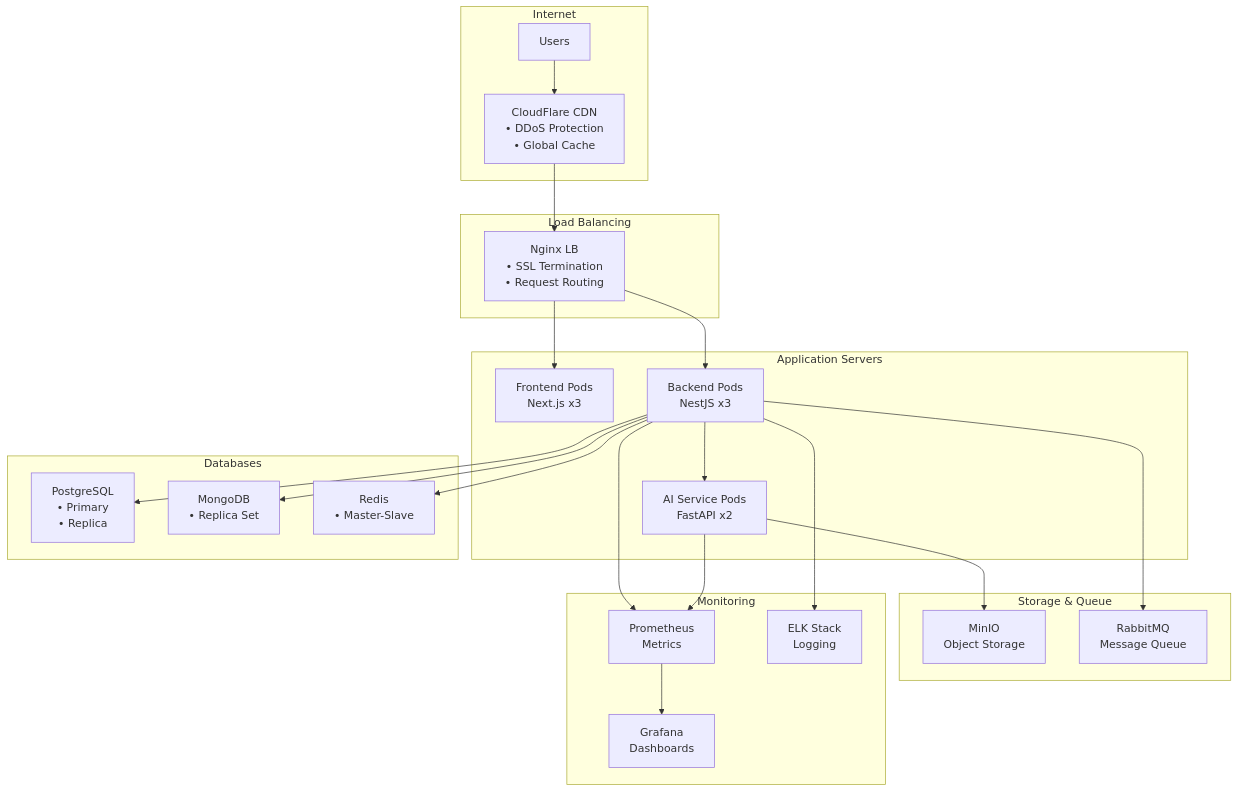
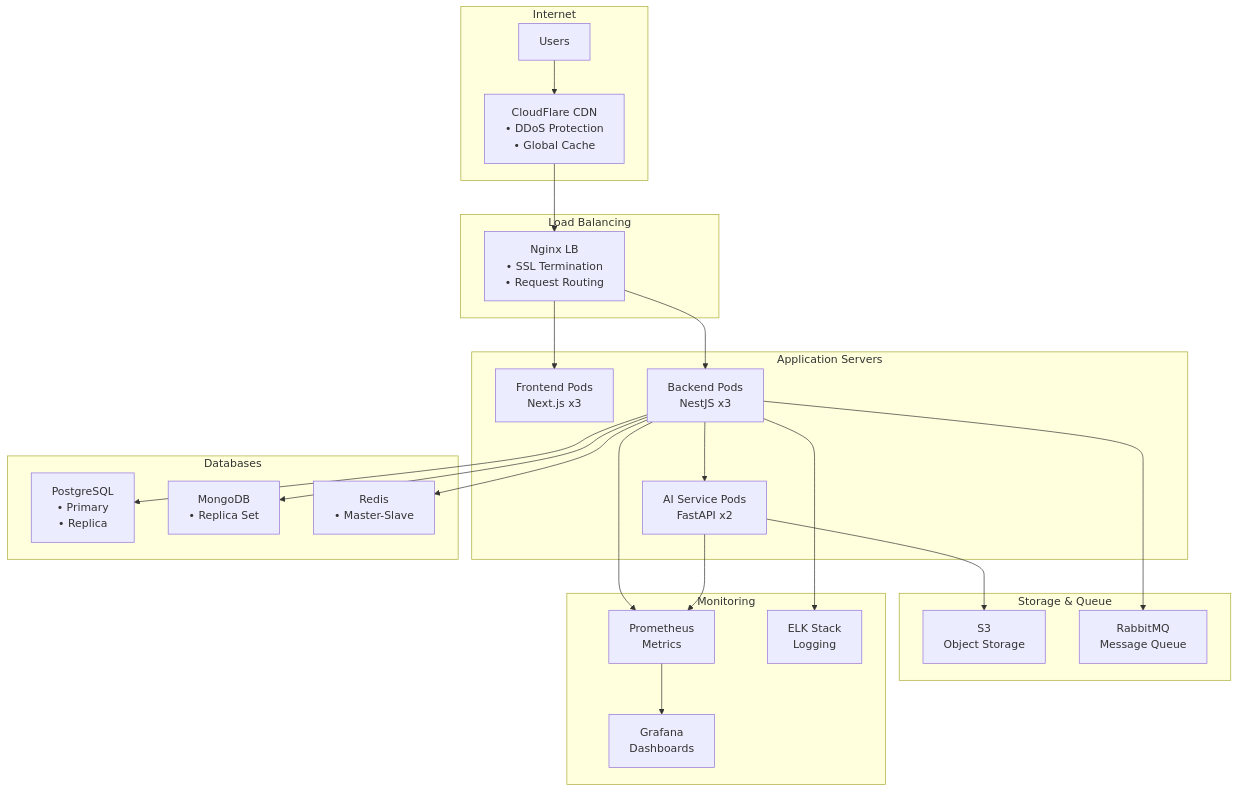
The ninth of 12 diagrams in diagrams-and-docs/mvp-documentation.md (abdulrahman-riyad/Co-Learn), drawn with Mermaid before and after one commit. The commit also changed other lines of this file, not shown here.

````diff
--- a/diagrams-and-docs/mvp-documentation.md
+++ b/diagrams-and-docs/mvp-documentation.md
@@ -545,52 +542,52 @@
 ```mermaid
 graph TB
     subgraph "Internet"
         Users[Users]
         CloudFlare[CloudFlare CDN<br/>• DDoS Protection<br/>• Global Cache]
     end
     
     subgraph "Load Balancing"
         Nginx[Nginx LB<br/>• SSL Termination<br/>• Request Routing]
     end
     
     subgraph "Application Servers"
         Frontend[Frontend Pods<br/>Next.js x3]
         Backend[Backend Pods<br/>NestJS x3]
         AIServices[AI Service Pods<br/>FastAPI x2]
     end
     
     subgraph "Databases"
         PGCluster[PostgreSQL<br/>• Primary<br/>• Replica]
         MongoCluster[MongoDB<br/>• Replica Set]
         RedisCluster[Redis<br/>• Master-Slave]
     end
     
     subgraph "Storage & Queue"
-        MinIO[MinIO<br/>Object Storage]
+        S3[S3<br/>Object Storage]
         RabbitMQ[RabbitMQ<br/>Message Queue]
     end
     
     subgraph "Monitoring"
         Prometheus[Prometheus<br/>Metrics]
         Grafana[Grafana<br/>Dashboards]
         Logs[ELK Stack<br/>Logging]
     end
     
     Users --> CloudFlare
     CloudFlare --> Nginx
     Nginx --> Frontend
     Nginx --> Backend
     Backend --> AIServices
     
     Backend --> PGCluster
     Backend --> MongoCluster
     Backend --> RedisCluster
     
-    AIServices --> MinIO
+    AIServices --> S3
     Backend --> RabbitMQ
     
     Backend --> Prometheus
     AIServices --> Prometheus
     Prometheus --> Grafana
     Backend --> Logs
 ```
````
